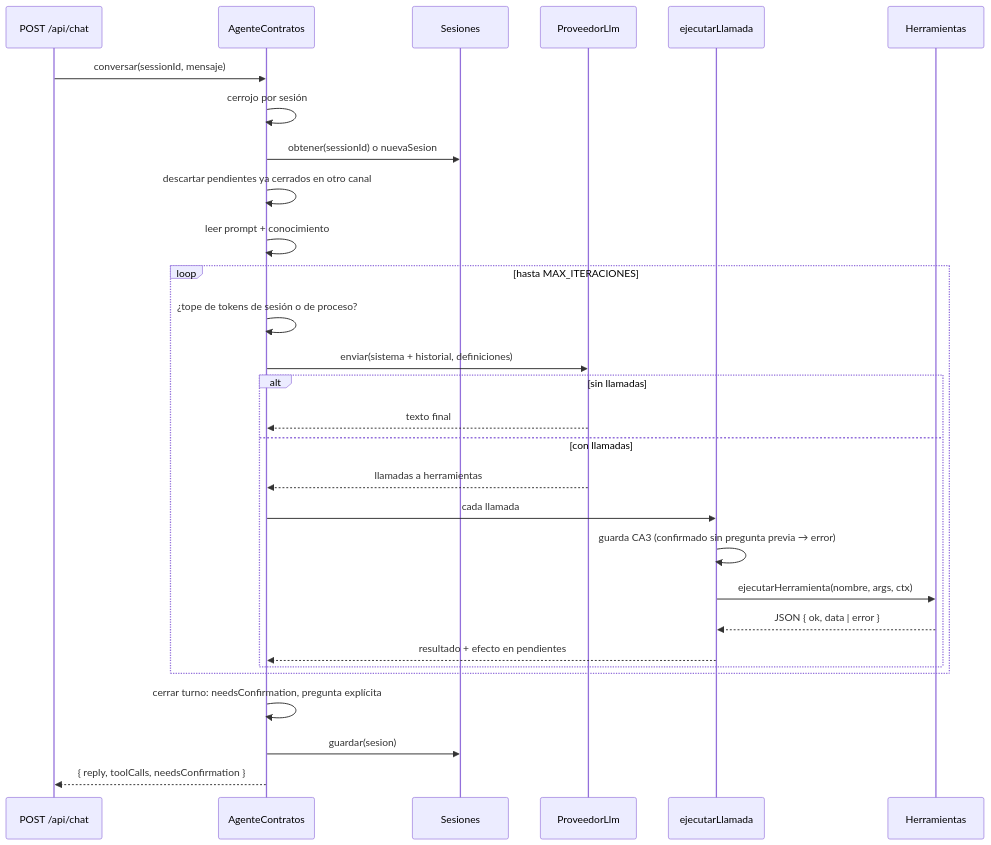
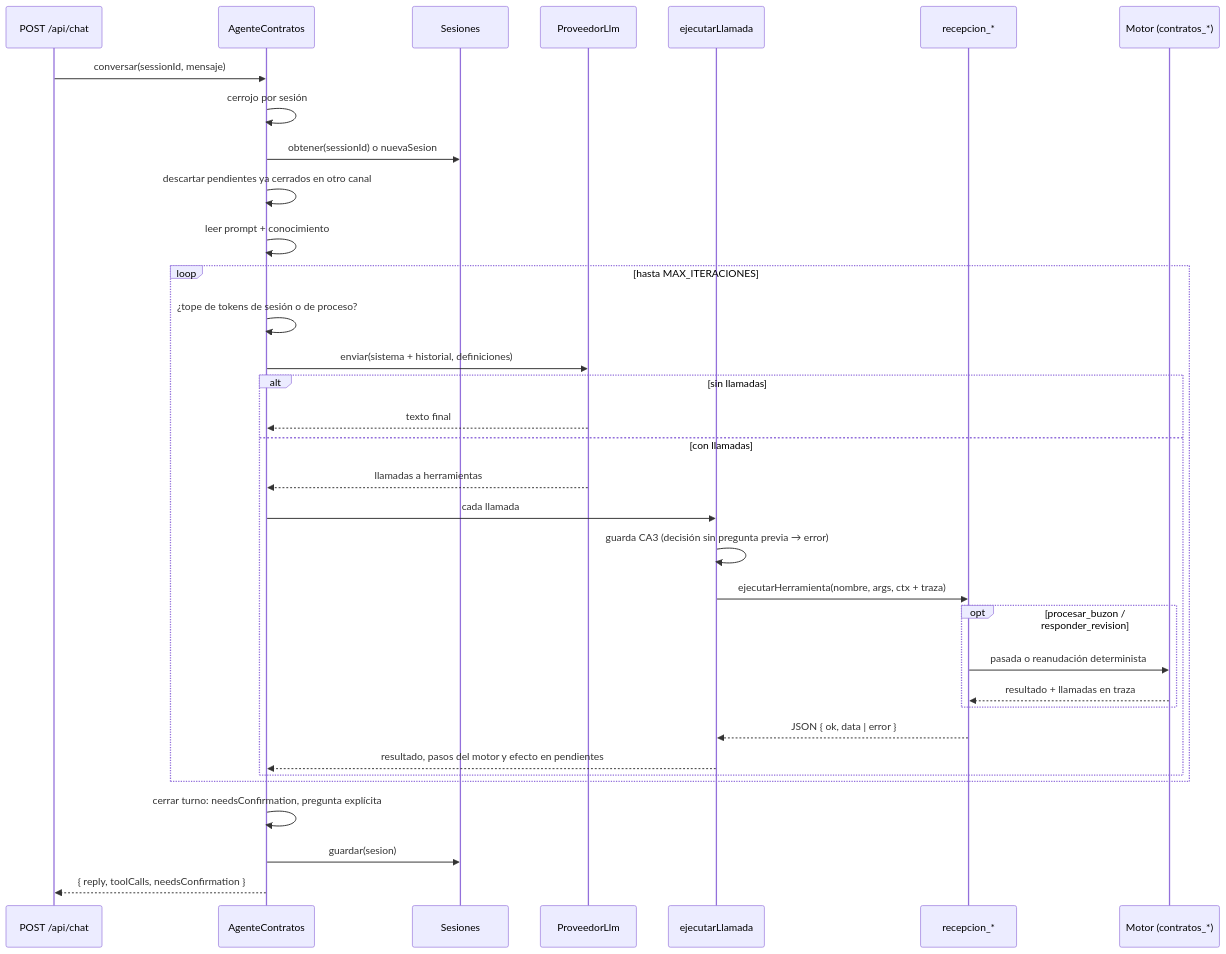
One commit to bue221/reto-02-agente-contratos changed the diagram in docs/wiki/Agent-Loop.md. Above: the diagram before and after it, drawn with Mermaid. The commit also changed other lines of this file and 16 other files, not shown here.

Commit message:
docs: Document two-graph architecture and LangGraph Studio

````diff
--- a/docs/wiki/Agent-Loop.md
+++ b/docs/wiki/Agent-Loop.md
@@ -7,32 +9,37 @@
 ```mermaid
 sequenceDiagram
   participant API as POST /api/chat
   participant A as AgenteContratos
   participant S as Sesiones
   participant P as ProveedorLlm
   participant E as ejecutarLlamada
-  participant T as Herramientas
+  participant T as recepcion_*
+  participant M as Motor (contratos_*)
 
   API->>A: conversar(sessionId, mensaje)
   A->>A: cerrojo por sesión
   A->>S: obtener(sessionId) o nuevaSesion
   A->>A: descartar pendientes ya cerrados en otro canal
   A->>A: leer prompt + conocimiento
   loop hasta MAX_ITERACIONES
     A->>A: ¿tope de tokens de sesión o de proceso?
     A->>P: enviar(sistema + historial, definiciones)
     alt sin llamadas
       P-->>A: texto final
     else con llamadas
       P-->>A: llamadas a herramientas
       A->>E: cada llamada
-      E->>E: guarda CA3 (confirmado sin pregunta previa → error)
-      E->>T: ejecutarHerramienta(nombre, args, ctx)
+      E->>E: guarda CA3 (decisión sin pregunta previa → error)
+      E->>T: ejecutarHerramienta(nombre, args, ctx + traza)
+      opt procesar_buzon / responder_revision
+        T->>M: pasada o reanudación determinista
+        M-->>T: resultado + llamadas en traza
+      end
       T-->>E: JSON { ok, data | error }
-      E-->>A: resultado + efecto en pendientes
+      E-->>A: resultado, pasos del motor y efecto en pendientes
     end
   end
   A->>A: cerrar turno: needsConfirmation, pregunta explícita
   A->>S: guardar(sesion)
   A-->>API: { reply, toolCalls, needsConfirmation }
 ```
````
